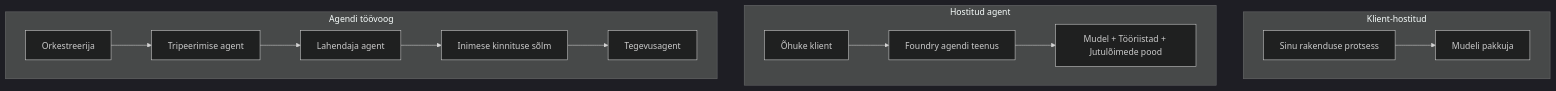
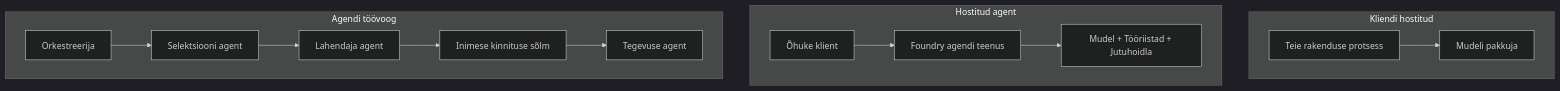
One commit to microsoft/ai-agents-for-beginners changed the first of 4 diagrams in translations/et/16-deploying-scalable-agents/README.md. Above: the diagram before and after it, drawn with Mermaid (dark theme). The commit also changed other lines of this file and 46 other files, not shown here.

````diff
--- a/translations/et/16-deploying-scalable-agents/README.md
+++ b/translations/et/16-deploying-scalable-agents/README.md
@@ -87,16 +87,16 @@
 ```mermaid
 flowchart TB
-    subgraph P1[Klient-hostitud]
-        A1[Sinu rakenduse protsess] --> M1[Mudeli pakkuja]
+    subgraph P1[Kliendi hostitud]
+        A1[Teie rakenduse protsess] --> M1[Mudeli pakkuja]
     end
     subgraph P2[Hostitud agent]
         A2[Õhuke klient] --> F2[Foundry agendi teenus]
-        F2 --> M2[Mudel + Tööriistad + Jutulõimede pood]
+        F2 --> M2[Mudel + Tööriistad + Jutuhoidla]
     end
     subgraph P3[Agendi töövoog]
-        A3[Orkestreerija] --> S1[Tripeerimise agent]
+        A3[Orkestreerija] --> S1[Selektsiooni agent]
         S1 --> S2[Lahendaja agent]
         S2 --> H[Inimese kinnituse sõlm]
-        H --> S3[Tegevusagent]
+        H --> S3[Tegevuse agent]
     end
 ```
````
